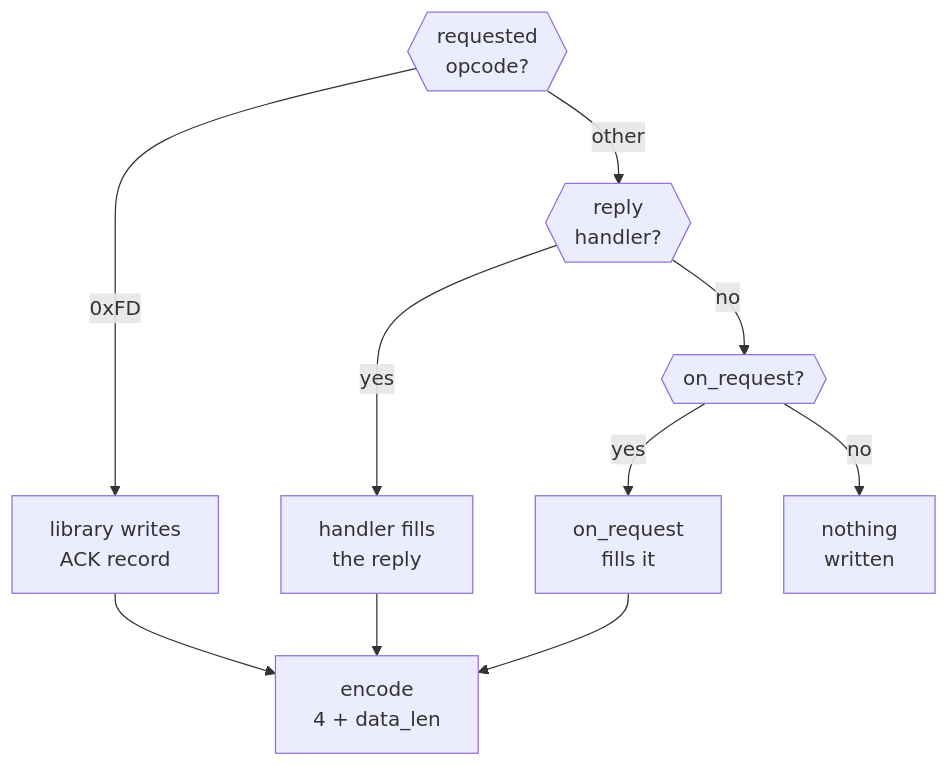
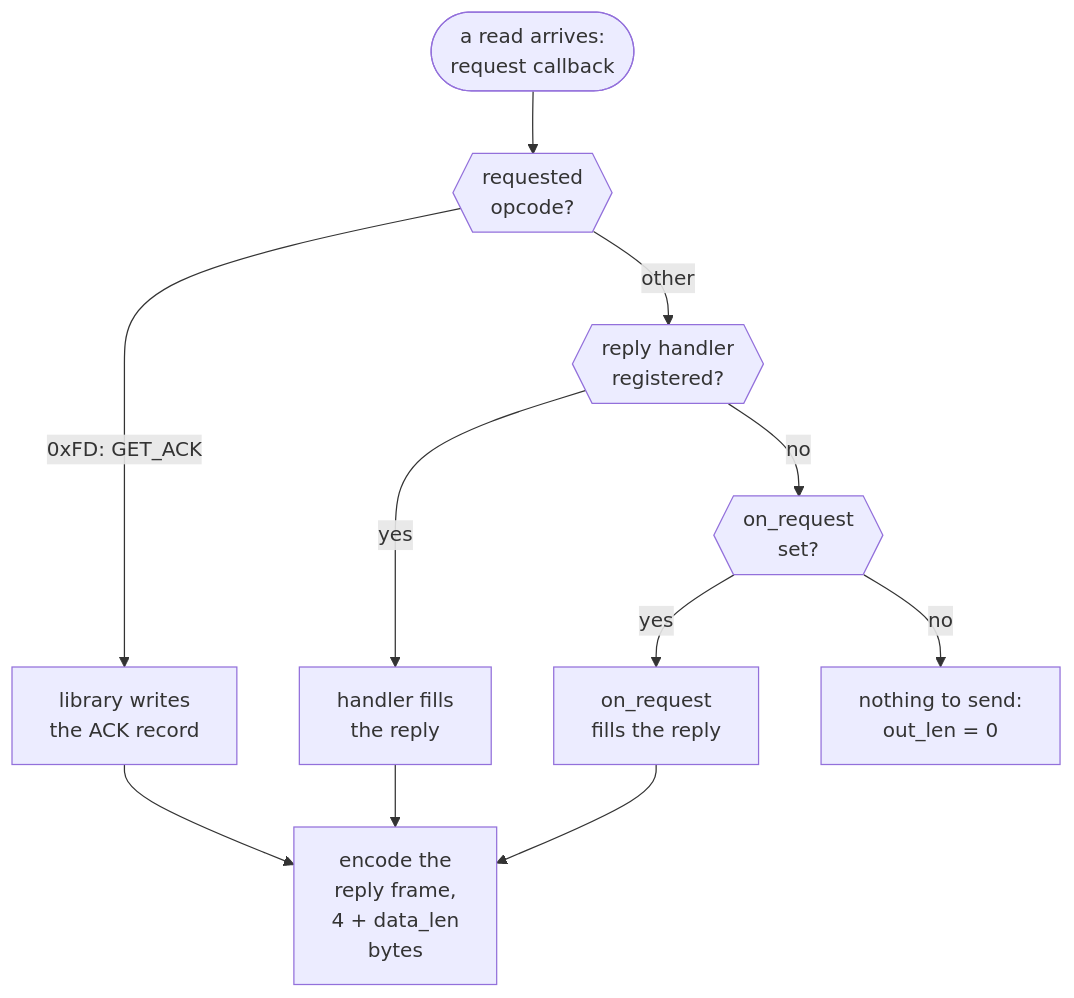
The second of 5 diagrams in docs/architecture.md (feastorg/CRUMBS), drawn with Mermaid before and after one commit. The commit also changed other lines of this file and 5 other files, not shown here.

First line of the commit message:
docs: make the figures and diagrams readable without the code (#136)

````diff
--- a/docs/architecture.md
+++ b/docs/architecture.md
@@ -109,12 +108,13 @@
 ```mermaid
 flowchart TD
-    B{{"requested<br/>opcode?"}} -- "0xFD" --> R1["library writes<br/>ACK record"]
-    B -- other --> C{{"reply<br/>handler?"}}
+    S(["a read arrives:<br/>request callback"]) --> B{{"requested<br/>opcode?"}}
+    B -- "0xFD: GET_ACK" --> R1["library writes<br/>the ACK record"]
+    B -- other --> C{{"reply handler<br/>registered?"}}
     C -- yes --> R2["handler fills<br/>the reply"]
-    C -- no --> D{{"on_request?"}}
-    D -- yes --> R3["on_request<br/>fills it"]
-    D -- no --> R4["nothing<br/>written"]
-    R1 --> E["encode<br/>4 + data_len"]
+    C -- no --> D{{"on_request<br/>set?"}}
+    D -- yes --> R3["on_request<br/>fills the reply"]
+    D -- no --> R4["nothing to send:<br/>out_len = 0"]
+    R1 --> E["encode the<br/>reply frame,<br/>4 + data_len<br/>bytes"]
     R2 --> E
     R3 --> E
 ```
````
